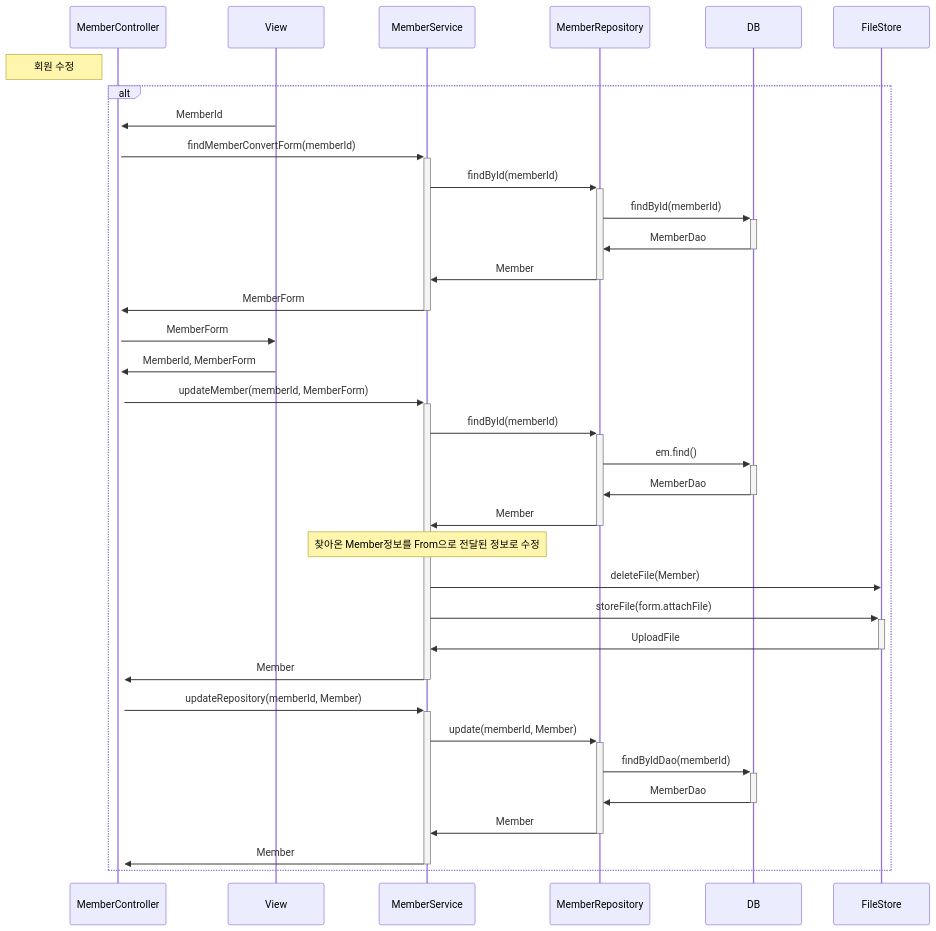
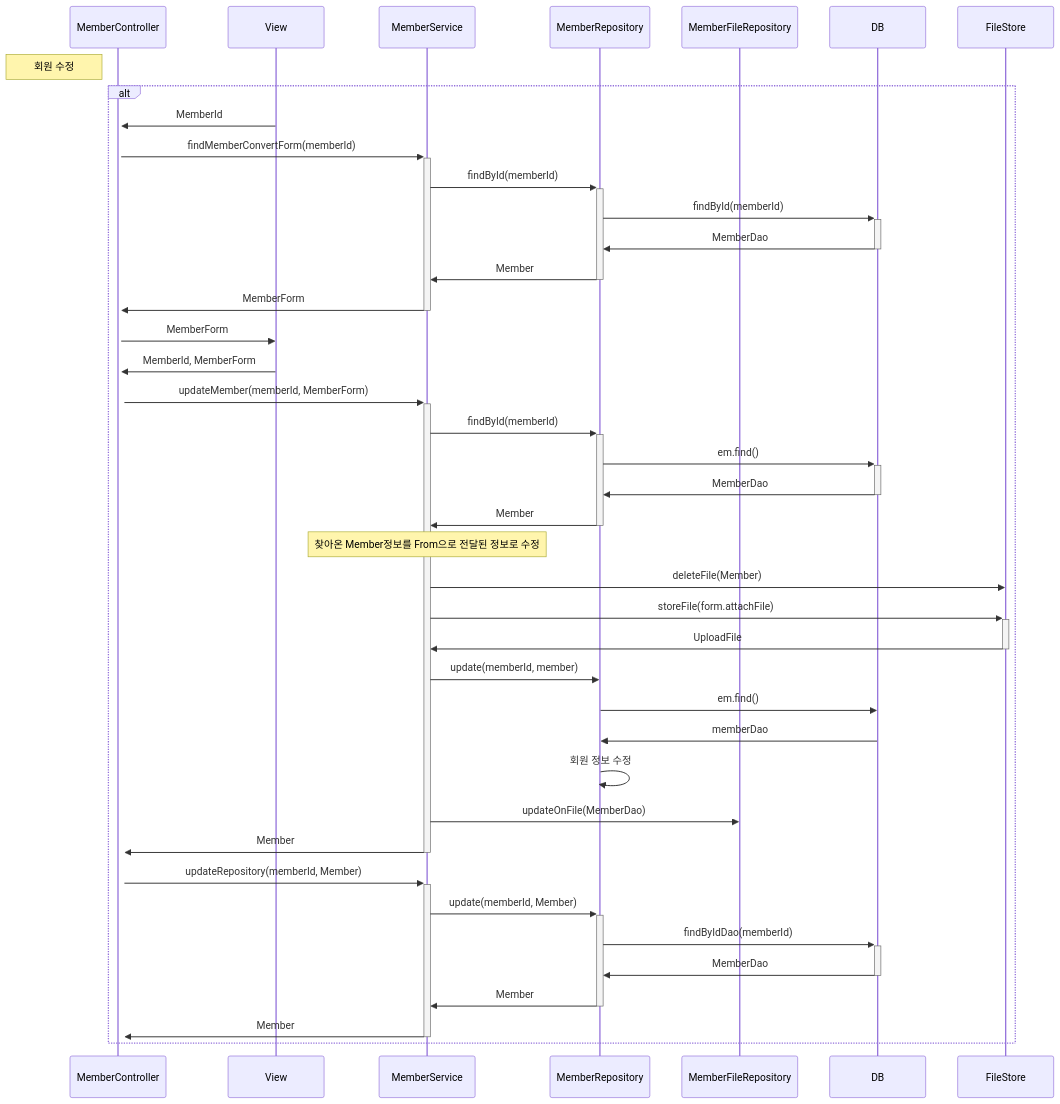
One commit to zittoooo/Page changed the second of 3 diagrams in seq.md. Above: the diagram before and after it, drawn with Mermaid.

Commit message:
update 수정

````diff
--- a/seq.md
+++ b/seq.md
@@ -57,39 +57,48 @@
 ```mermaid
 sequenceDiagram
     participant C as MemberController
     participant V as View
     participant S as MemberService 
     participant R as MemberRepository
+    participant F as MemberFileRepository 
 
     Note left of C: 회원 수정
     alt
     V->>+C:MemberId
     C->>+S:findMemberConvertForm(memberId)
     S->>+R:findById(memberId)
     R->>+DB:findById(memberId)
     DB->>-R:MemberDao
     R->>-S:Member
     S->>-C:MemberForm
     C->>V:MemberForm
 
 
     V->>+C:MemberId, MemberForm
     C->>+S:updateMember(memberId, MemberForm)
     S->>+R:findById(memberId)
     R->>+DB:em.find()
     DB->>-R:MemberDao
     R->>-S:Member
     Note over S:찾아온 Member정보를 From으로 전달된 정보로 수정
     S->>FileStore:deleteFile(Member)
     S->>+FileStore:storeFile(form.attachFile)
     FileStore->>-S:UploadFile
+
+
+    S->>R:update(memberId, member)
+    R->>DB:em.find()
+    DB->>R:memberDao
+    R->>R:회원 정보 수정
+    S->>F:updateOnFile(MemberDao)
+
     S->>-C:Member
     C->>+S:updateRepository(memberId, Member)
     S->>+R:update(memberId, Member)
     R->>+DB:findByIdDao(memberId)
     DB->>-R:MemberDao
     R->>-S: Member
     S->>-C: Member
     end
 
 ```
````
